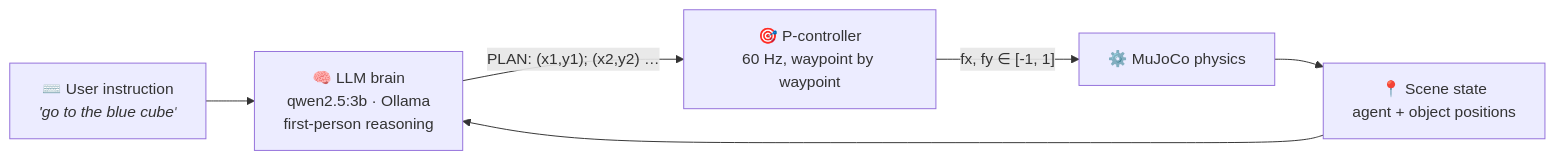
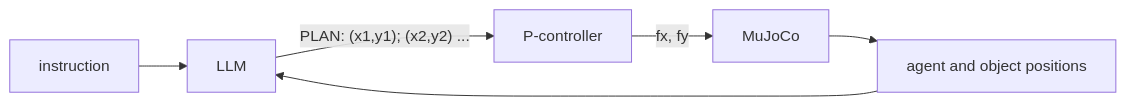
Before and after one commit to Sulimowski/Context-aware-RL-agent: the diagram in README.md, drawn with Mermaid. The commit also changed other lines of this file, not shown here.

````diff
--- a/README.md
+++ b/README.md
@@ -41,8 +33,8 @@
 ```mermaid
 flowchart LR
-    U["⌨️ User instruction<br/><i>'go to the blue cube'</i>"] --> B
-    S["📍 Scene state<br/>agent + object positions"] --> B
-    B["🧠 LLM brain<br/>qwen2.5:3b · Ollama<br/>first-person reasoning"] -- "PLAN: (x1,y1); (x2,y2) …" --> C
-    C["🎯 P-controller<br/>60 Hz, waypoint by waypoint"] -- "fx, fy ∈ [-1, 1]" --> M
-    M["⚙️ MuJoCo physics"] --> S
+    I[instruction] --> L
+    S[agent and object positions] --> L
+    L[LLM] -->|"PLAN: (x1,y1); (x2,y2) ..."| C[P-controller]
+    C -->|fx, fy| M[MuJoCo]
+    M --> S
 ```
````
